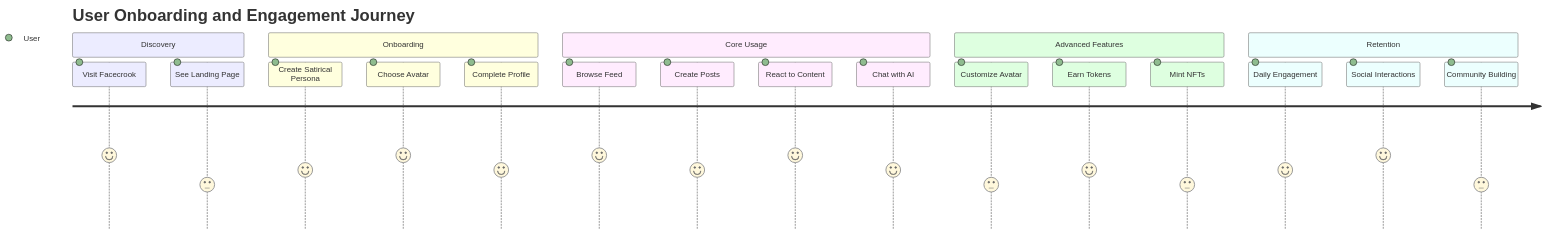
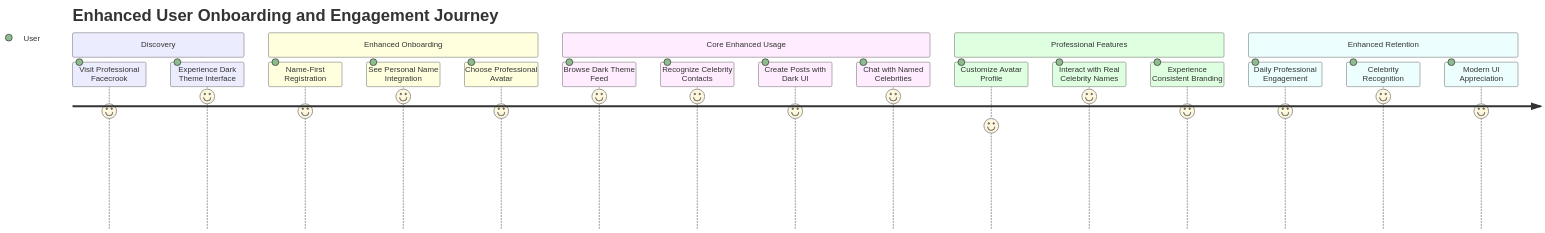
Before and after one commit to didier3529/facecrook: the third of 6 diagrams in FACECROOK_REPOSITORY_ANALYSIS.md, drawn with Mermaid. The commit also changed other lines of this file and 208 other files, not shown here.

````diff
--- a/FACECROOK_REPOSITORY_ANALYSIS.md
+++ b/FACECROOK_REPOSITORY_ANALYSIS.md
@@ -391,24 +535,24 @@
 ```mermaid
 journey
-    title User Onboarding and Engagement Journey
+    title Enhanced User Onboarding and Engagement Journey
     section Discovery
-      Visit Facecrook: 5: User
-      See Landing Page: 3: User
-    section Onboarding
-      Create Satirical Persona: 4: User
-      Choose Avatar: 5: User
-      Complete Profile: 4: User
-    section Core Usage
-      Browse Feed: 5: User
-      Create Posts: 4: User
-      React to Content: 5: User
-      Chat with AI: 4: User
-    section Advanced Features
-      Customize Avatar: 3: User
-      Earn Tokens: 4: User
-      Mint NFTs: 3: User
-    section Retention
-      Daily Engagement: 4: User
-      Social Interactions: 5: User
-      Community Building: 3: User
+      Visit Professional Facecrook: 8: User
+      Experience Dark Theme Interface: 9: User
+    section Enhanced Onboarding
+      Name-First Registration: 8: User
+      See Personal Name Integration: 9: User
+      Choose Professional Avatar: 8: User
+    section Core Enhanced Usage
+      Browse Dark Theme Feed: 9: User
+      Recognize Celebrity Contacts: 9: User
+      Create Posts with Dark UI: 8: User
+      Chat with Named Celebrities: 9: User
+    section Professional Features
+      Customize Avatar Profile: 7: User
+      Interact with Real Celebrity Names: 9: User
+      Experience Consistent Branding: 8: User
+    section Enhanced Retention
+      Daily Professional Engagement: 8: User
+      Celebrity Recognition: 9: User
+      Modern UI Appreciation: 8: User
 ```
````
